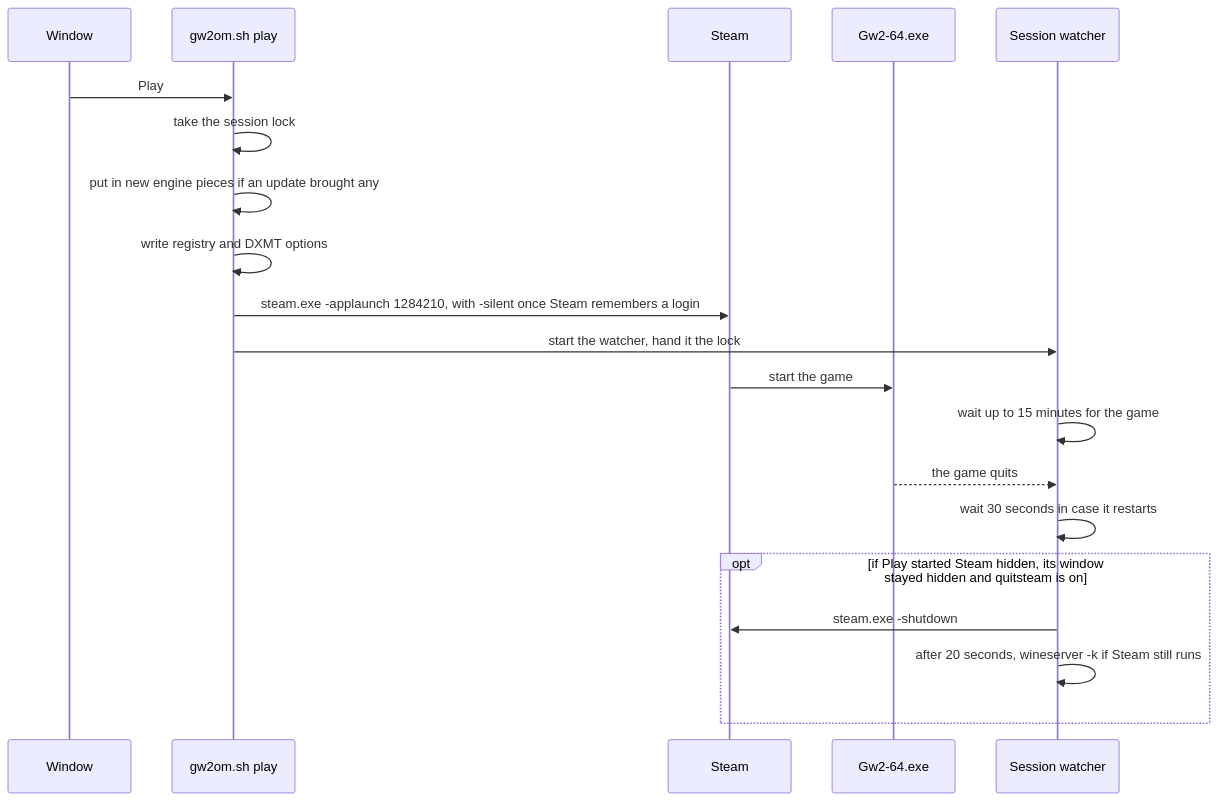
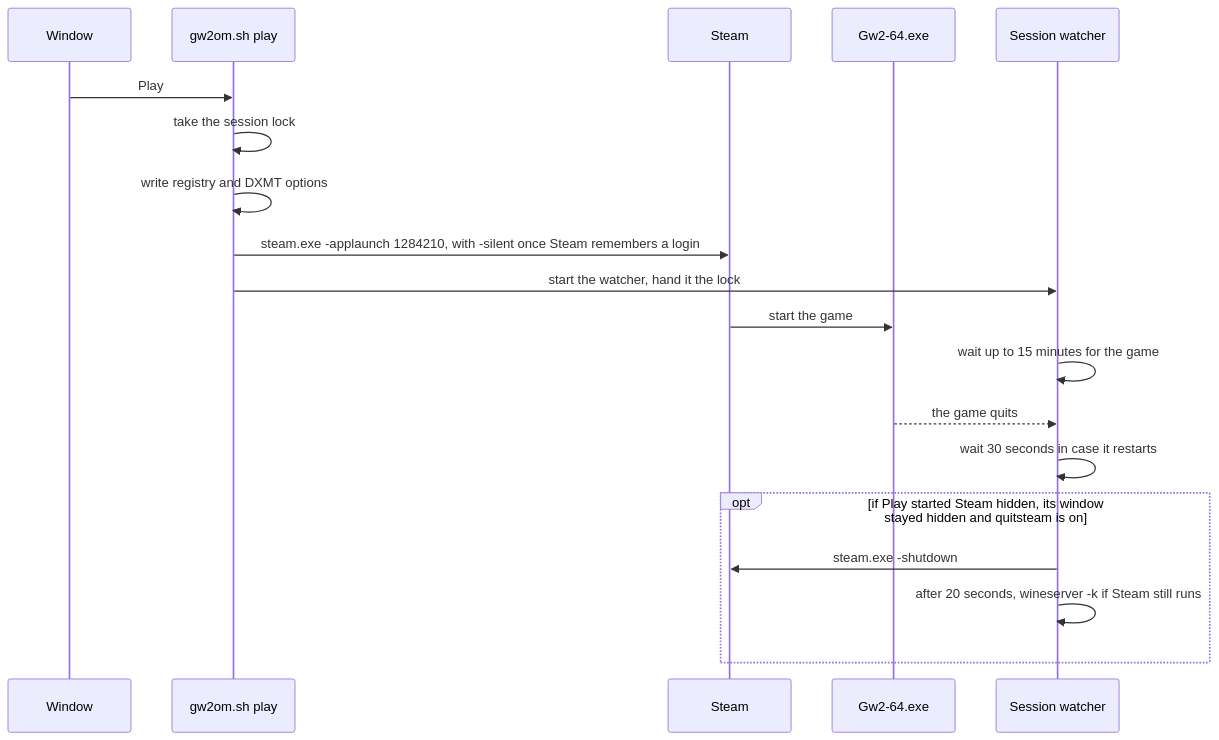
Before and after one commit to jdrly/gw2-on-mac: the second of 3 diagrams in README.md, drawn with Mermaid. The commit also changed other lines of this file and 15 other files, not shown here.

````diff
--- a/README.md
+++ b/README.md
@@ -413,22 +425,21 @@
 ```mermaid
 sequenceDiagram
     participant W as Window
     participant P as gw2om.sh play
     participant S as Steam
     participant G as Gw2-64.exe
     participant X as Session watcher
     W->>P: Play
     P->>P: take the session lock
-    P->>P: put in new engine pieces if an update brought any
     P->>P: write registry and DXMT options
     P->>S: steam.exe -applaunch 1284210, with -silent once Steam remembers a login
     P->>X: start the watcher, hand it the lock
     S->>G: start the game
     X->>X: wait up to 15 minutes for the game
     G-->>X: the game quits
     X->>X: wait 30 seconds in case it restarts
     opt if Play started Steam hidden, its window stayed hidden and quitsteam is on
         X->>S: steam.exe -shutdown
         X->>X: after 20 seconds, wineserver -k if Steam still runs
     end
 ```
````
